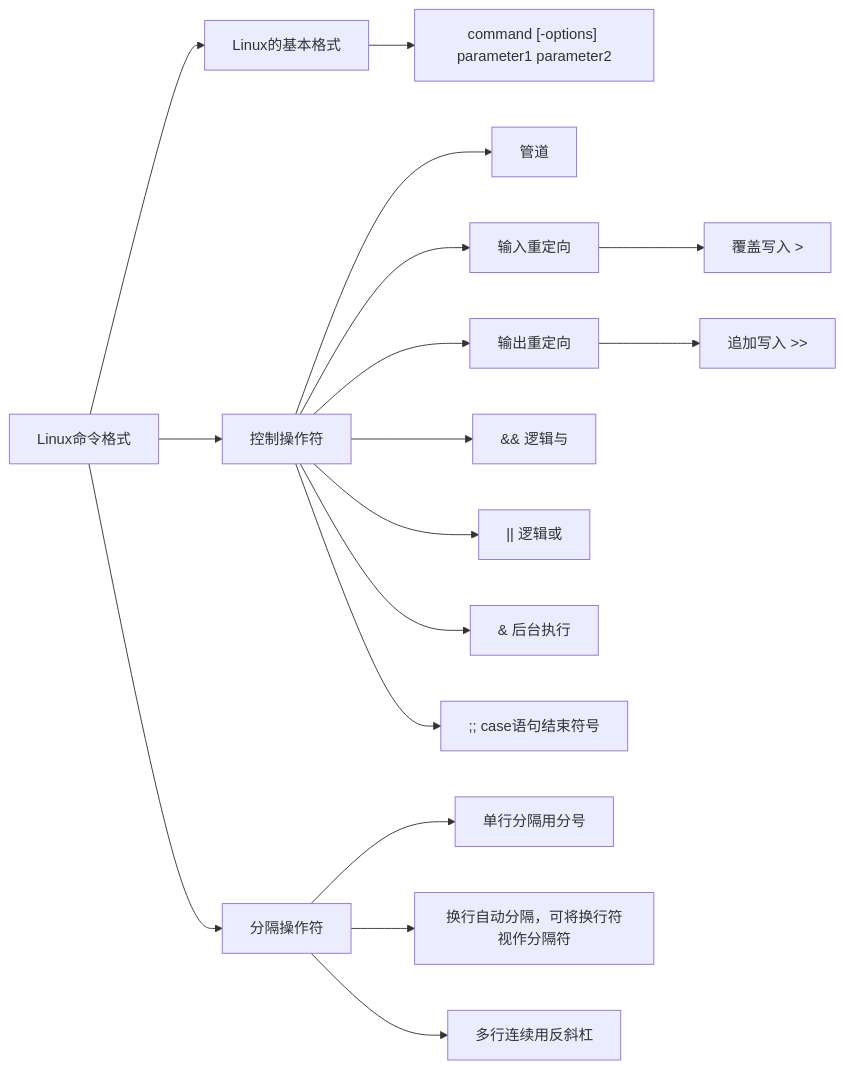
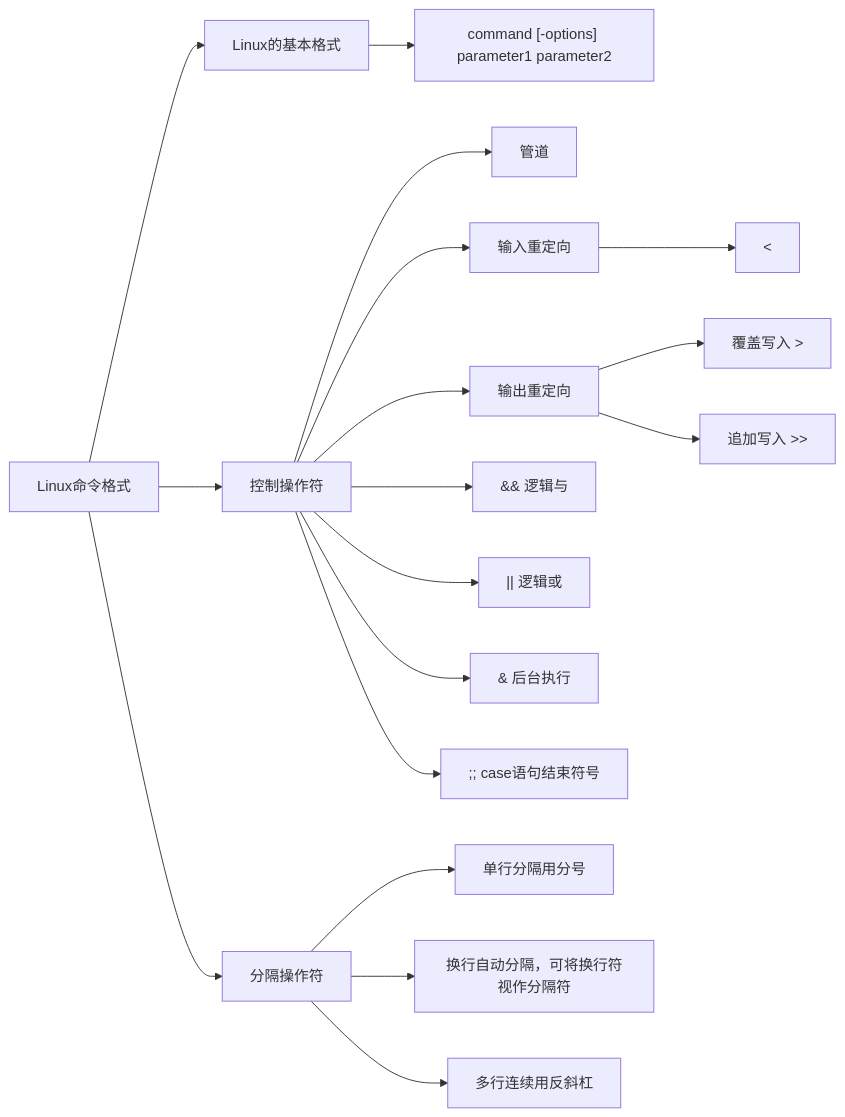
The third of 3 diagrams in docs/linux/shell-01-intro.md (78590-web/tech-blog), drawn with Mermaid before and after one commit.

Commit message:
update: 修改shell-intro-01错误的mermaid图

````diff
--- a/docs/linux/shell-01-intro.md
+++ b/docs/linux/shell-01-intro.md
@@ -197,19 +197,20 @@
 ```mermaid
 flowchart LR
 A_1[Linux命令格式] --> B_1[Linux的基本格式]
 B_1[Linux的基本格式] --> C_1["command [-options] parameter1 parameter2"]
 A_1[Linux命令格式] --> B_2[控制操作符]
 B_2[控制操作符] --> C_2[管道]
 B_2[控制操作符] --> C_3[输入重定向]
 B_2[控制操作符] --> C_4[输出重定向]
 B_2[控制操作符] --> C_5["&&	逻辑与"]
 B_2[控制操作符] --> C_6["|| 逻辑或"]
 B_2[控制操作符] --> C_7["& 后台执行"]
 B_2[控制操作符] --> C_8[";; case语句结束符号"]
-C_3[输入重定向] --> D_1["覆盖写入 >"]
-C_4[输出重定向] --> D_2["追加写入 >>"]
+C_3[输入重定向] --> D_["<"]
+C_4[输出重定向] --> D_2["覆盖写入 >"]
+C_4[输出重定向] --> D_3["追加写入 >>"]
 A_1[Linux命令格式] --> B_3[分隔操作符]
 B_3[分隔操作符] --> C_9[单行分隔用分号]
 B_3[分隔操作符] --> C_10[换行自动分隔，可将换行符视作分隔符]
 B_3[分隔操作符] --> C_11[多行连续用反斜杠]
 ```
````
